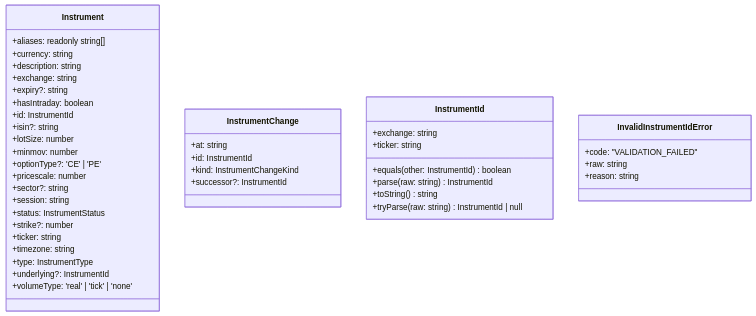
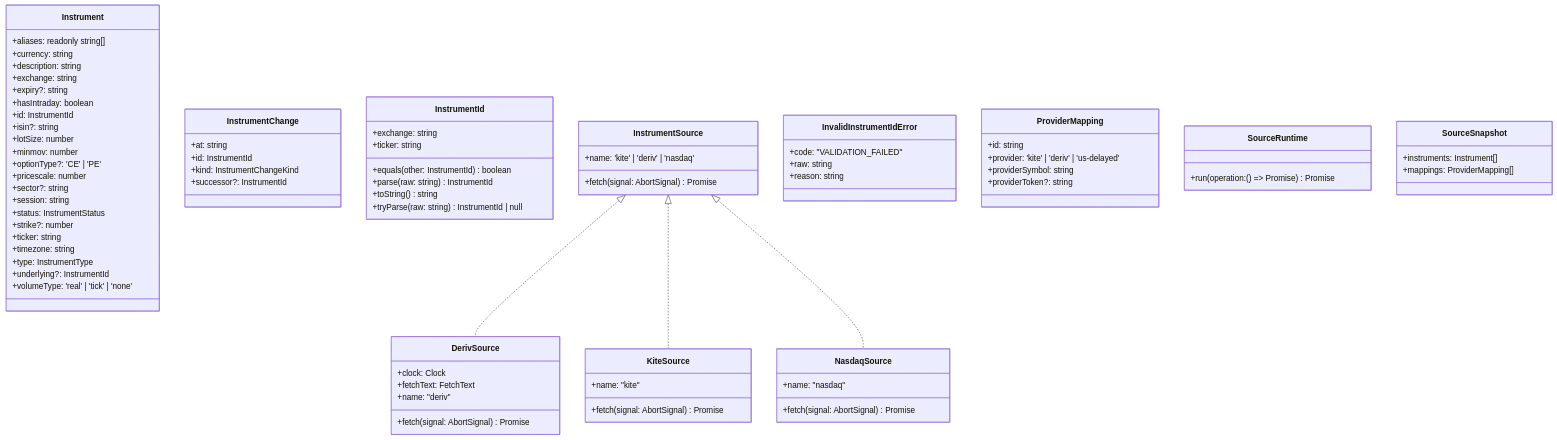
Before and after one commit to devrunch/ai-trader-2: the diagram in architecture/features/instruments/classes.mmd, drawn with Mermaid. The commit also changed 26 other files, not shown here.

Commit message:
feat(instruments): Kite, Deriv and Nasdaq Trader sources with TradingView-style canonical ids

```diff
--- a/architecture/features/instruments/classes.mmd
+++ b/architecture/features/instruments/classes.mmd
@@ -1,43 +1,77 @@
 classDiagram
+  class DerivSource {
+    +clock: Clock
+    +fetch(signal: AbortSignal) Promise<SourceSnapshot>
+    +fetchText: FetchText
+    +name: "deriv"
+  }
   class Instrument {
     +aliases: readonly string[]
     +currency: string
     +description: string
     +exchange: string
     +expiry?: string
     +hasIntraday: boolean
     +id: InstrumentId
     +isin?: string
     +lotSize: number
     +minmov: number
     +optionType?: 'CE' | 'PE'
     +pricescale: number
     +sector?: string
     +session: string
     +status: InstrumentStatus
     +strike?: number
     +ticker: string
     +timezone: string
     +type: InstrumentType
     +underlying?: InstrumentId
     +volumeType: 'real' | 'tick' | 'none'
   }
   class InstrumentChange {
     +at: string
     +id: InstrumentId
     +kind: InstrumentChangeKind
     +successor?: InstrumentId
   }
   class InstrumentId {
     +equals(other: InstrumentId) boolean
     +exchange: string
     +parse(raw: string) InstrumentId
     +ticker: string
     +toString() string
     +tryParse(raw: string) InstrumentId | null
   }
+  class InstrumentSource {
+    +fetch(signal: AbortSignal) Promise<SourceSnapshot>
+    +name: 'kite' | 'deriv' | 'nasdaq'
+  }
   class InvalidInstrumentIdError {
     +code: "VALIDATION_FAILED"
     +raw: string
     +reason: string
   }
+  class KiteSource {
+    +fetch(signal: AbortSignal) Promise<SourceSnapshot>
+    +name: "kite"
+  }
+  class NasdaqSource {
+    +fetch(signal: AbortSignal) Promise<SourceSnapshot>
+    +name: "nasdaq"
+  }
+  class ProviderMapping {
+    +id: string
+    +provider: 'kite' | 'deriv' | 'us-delayed'
+    +providerSymbol: string
+    +providerToken?: string
+  }
+  class SourceRuntime {
+    +run(operation: () => Promise<T>) Promise<T>
+  }
+  class SourceSnapshot {
+    +instruments: Instrument[]
+    +mappings: ProviderMapping[]
+  }
+  InstrumentSource <|.. DerivSource
+  InstrumentSource <|.. KiteSource
+  InstrumentSource <|.. NasdaqSource
```
